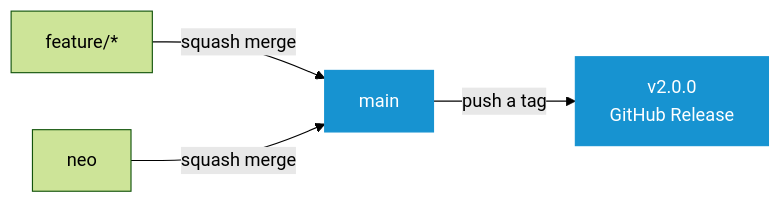
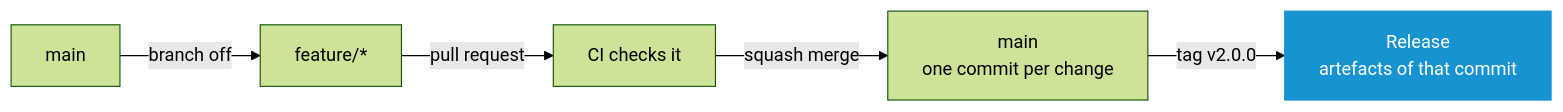
The first of 2 diagrams in docs/CONTRIBUTING.md (murkl/arch-os), drawn with Mermaid (forest theme) before and after one commit. The commit also changed other lines of this file and 67 other files, not shown here.

````diff
--- a/docs/CONTRIBUTING.md
+++ b/docs/CONTRIBUTING.md
@@ -7,9 +9,9 @@
 ```mermaid
 flowchart LR
-    F["feature/*"] -->|"squash merge"| M["main"]
-    N["neo"] -->|"squash merge"| M
-    M -->|"push a tag"| R["v2.0.0<br/>GitHub Release"]
+    M["main"] -->|branch off| F["feature/*"]
+    F -->|pull request| C["CI checks it"]
+    C -->|squash merge| M2["main<br/>one commit per change"]
+    M2 -->|tag v2.0.0| R["Release<br/>artefacts of that commit"]
 
-    style M fill:#1793d1,stroke:#1793d1,color:#fff
     style R fill:#1793d1,stroke:#1793d1,color:#fff
 ```
````
